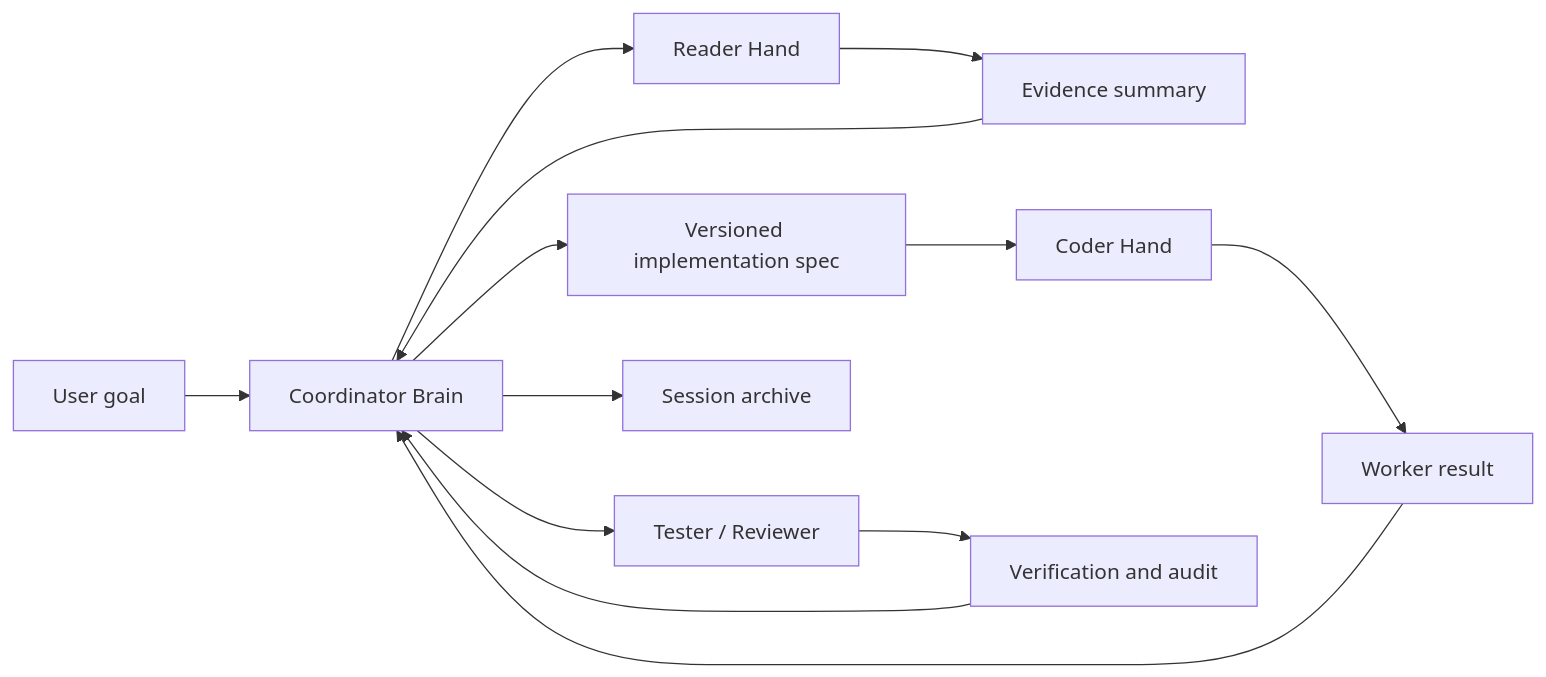
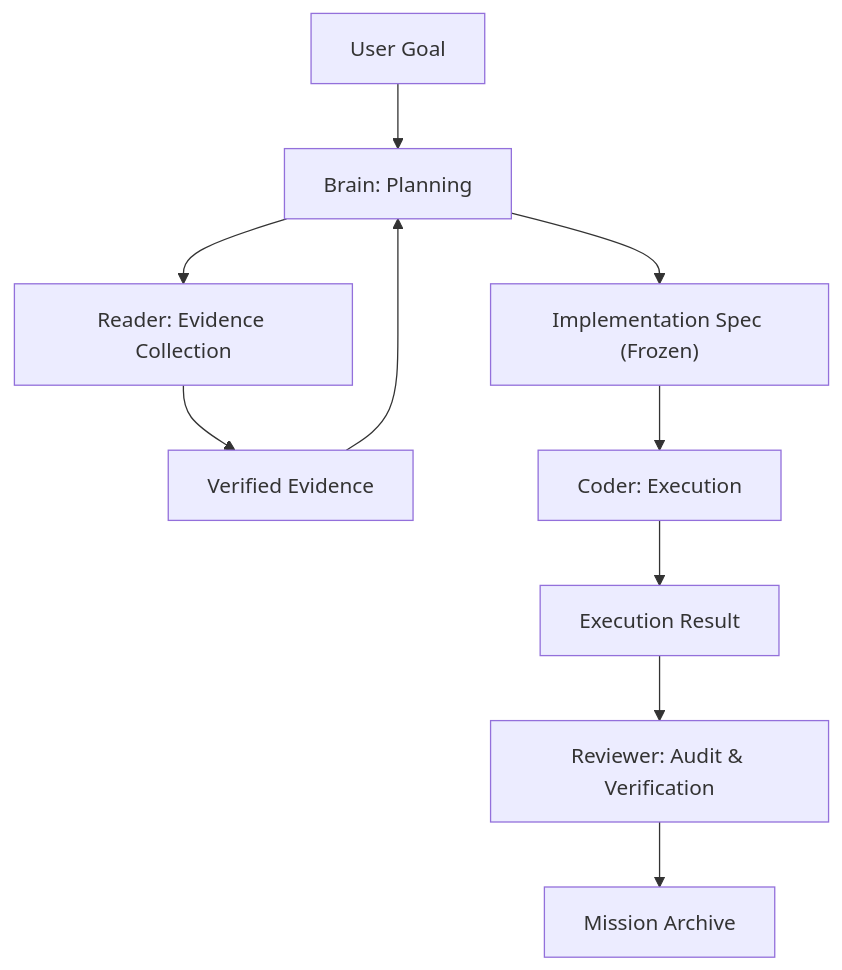
One commit to mushang0/MindHandsHarness changed the diagram in README.md. Above: the diagram before and after it, drawn with Mermaid. The commit also changed other lines of this file and 14 other files, not shown here.

````diff
--- a/README.md
+++ b/README.md
@@ -30,15 +27,12 @@
 ```mermaid
-flowchart LR
-    User["User goal"] --> Brain["Coordinator Brain"]
-    Brain --> Reader["Reader Hand"]
-    Reader --> Evidence["Evidence summary"]
+flowchart TD
+    Goal["User Goal"] --> Brain["Brain: Planning"]
+    Brain --> Reader["Reader: Evidence Collection"]
+    Reader --> Evidence["Verified Evidence"]
     Evidence --> Brain
-    Brain --> Spec["Versioned implementation spec"]
-    Spec --> Coder["Coder Hand"]
-    Coder --> Result["Worker result"]
-    Result --> Brain
-    Brain --> Tester["Tester / Reviewer"]
-    Tester --> Proof["Verification and audit"]
-    Proof --> Brain
-    Brain --> Archive["Session archive"]
+    Brain --> Spec["Implementation Spec (Frozen)"]
+    Spec --> Coder["Coder: Execution"]
+    Coder --> Result["Execution Result"]
+    Result --> Reviewer["Reviewer: Audit & Verification"]
+    Reviewer --> Archive["Mission Archive"]
 ```
````
